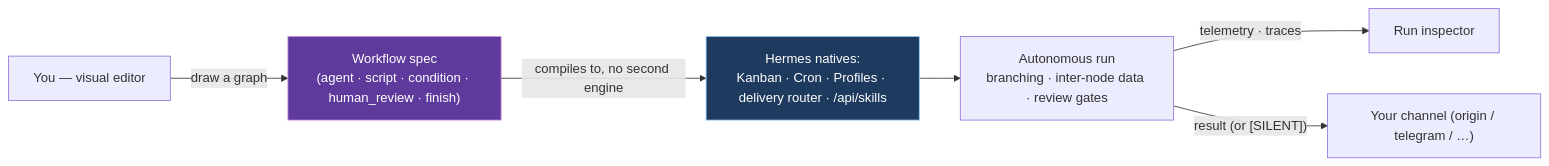
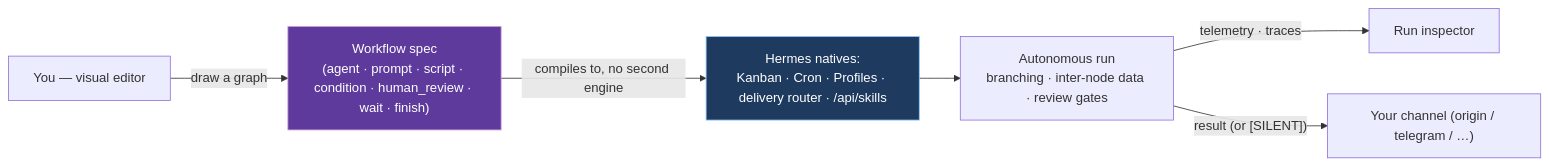
The diagram in README.md (SolutionBox-corp/hermes-workflows), drawn with Mermaid before and after one commit. The commit also changed other lines of this file and 36 other files, not shown here.

First line of the commit message:
feat: 0.4.0 - Prompt node, editor operator-input, off-board nodes (#23)

````diff
--- a/README.md
+++ b/README.md
@@ -29,10 +29,10 @@
 ```mermaid
 flowchart LR
-    You["You — visual editor"] -->|draw a graph| WF["Workflow spec<br/>(agent · script · condition · human_review · finish)"]
+    You["You — visual editor"] -->|draw a graph| WF["Workflow spec<br/>(agent · prompt · script · condition · human_review · wait · finish)"]
     WF -->|compiles to, no second engine| N["Hermes natives:<br/>Kanban · Cron · Profiles · delivery router · /api/skills"]
     N --> Run["Autonomous run<br/>branching · inter-node data · review gates"]
     Run -->|telemetry · traces| Insp["Run inspector"]
     Run -->|"result (or [SILENT])"| Deliver["Your channel (origin / telegram / …)"]
     style WF fill:#5d3a9b,stroke:#ce93d8,color:#fff
     style N fill:#1e3a5f,stroke:#90caf9,color:#fff
 ```
````
